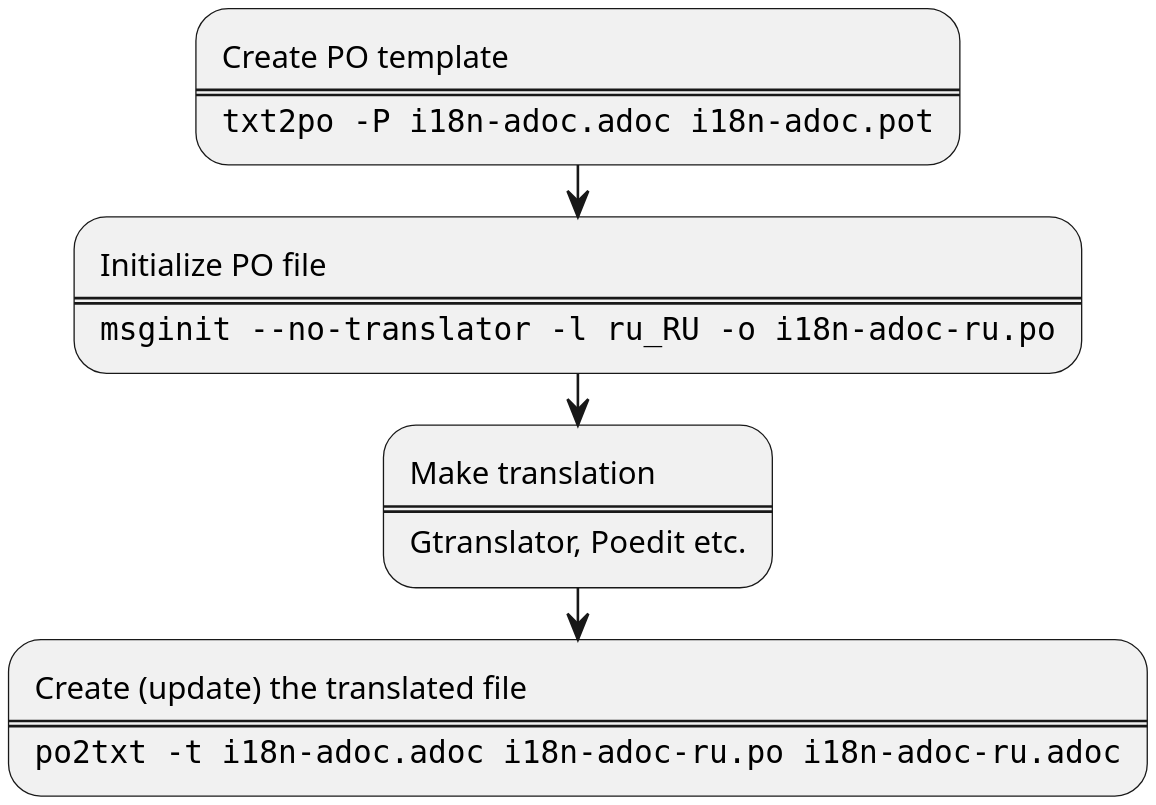
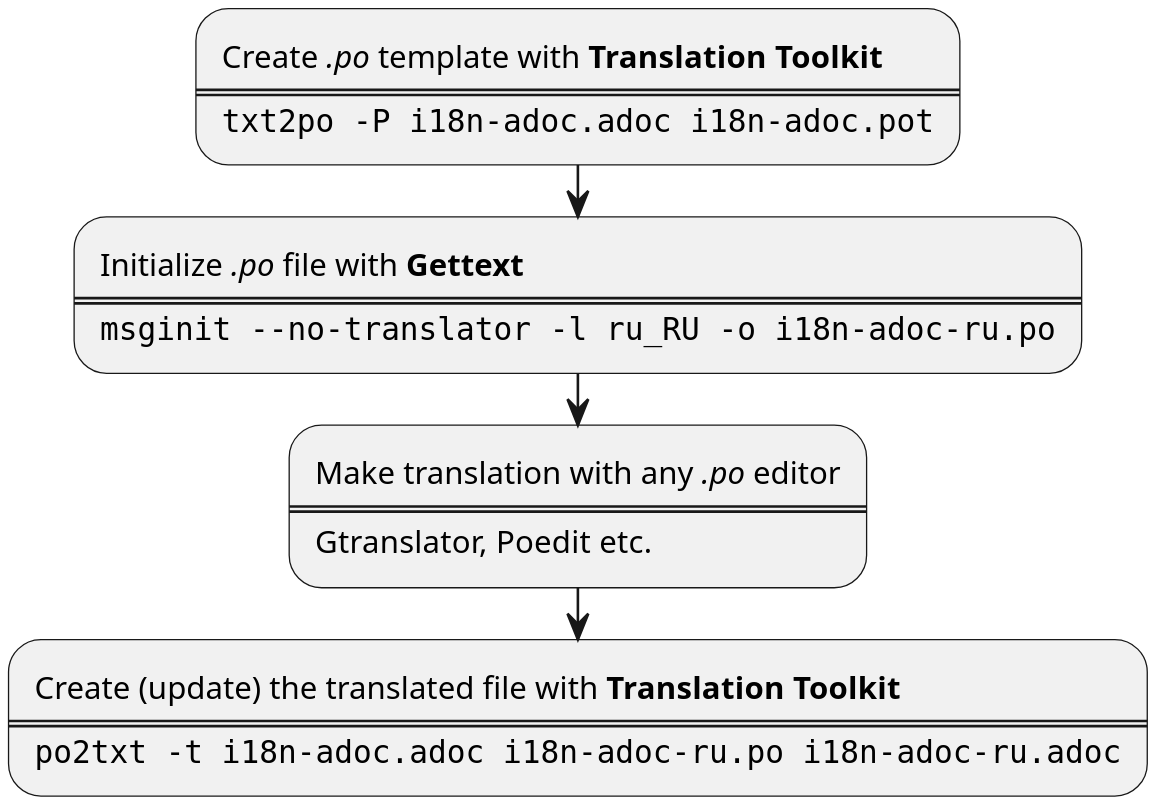
The first of 2 diagrams in src/i18n-adoc.adoc (fiddlededee/asciidoc-i18n), drawn with PlantUML before and after one commit. The commit also changed other lines of this file and 3 other files, not shown here.

```diff
--- a/src/i18n-adoc.adoc
+++ b/src/i18n-adoc.adoc
@@ -67,29 +70,29 @@
 [plantuml,initial_steps,fitrect="170x250mm",srcdpi=300, width=80%]
 ....
 @startuml
 skinparam dpi 300
 
-:Create PO template
+:Create //.po// template with **Translation Toolkit**
 ====
 <code>
 txt2po -P i18n-adoc.adoc i18n-adoc.pot
 </code>;
 
-:Initialize PO file
+:Initialize //.po// file with **Gettext**
 ====
 <code>
 msginit --no-translator -l ru_RU -o i18n-adoc-ru.po
 </code>;
 
-:Make translation
+:Make translation with any //.po// editor
 ====
 Gtranslator, Poedit etc.;
 
-:Create (update) the translated file
+:Create (update) the translated file with **Translation Toolkit**
 ====
 <code>
 po2txt -t i18n-adoc.adoc i18n-adoc-ru.po i18n-adoc-ru.adoc
 </code>;
 
 @enduml
 ....
```
